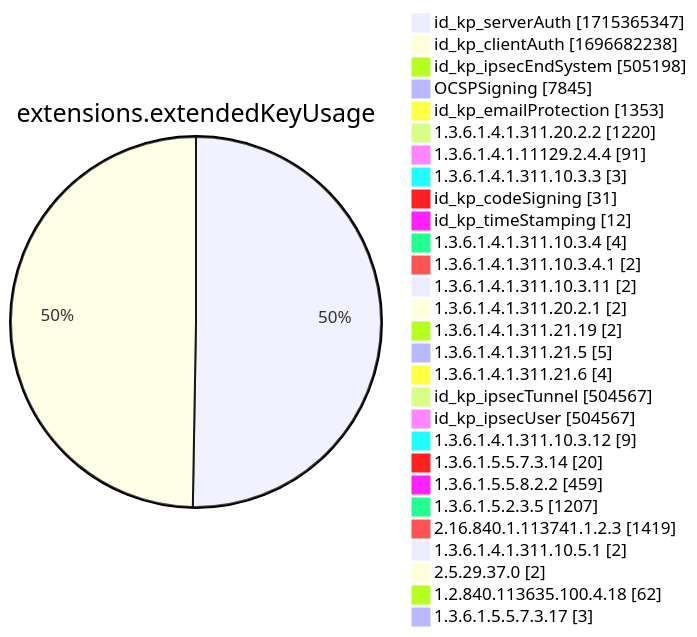
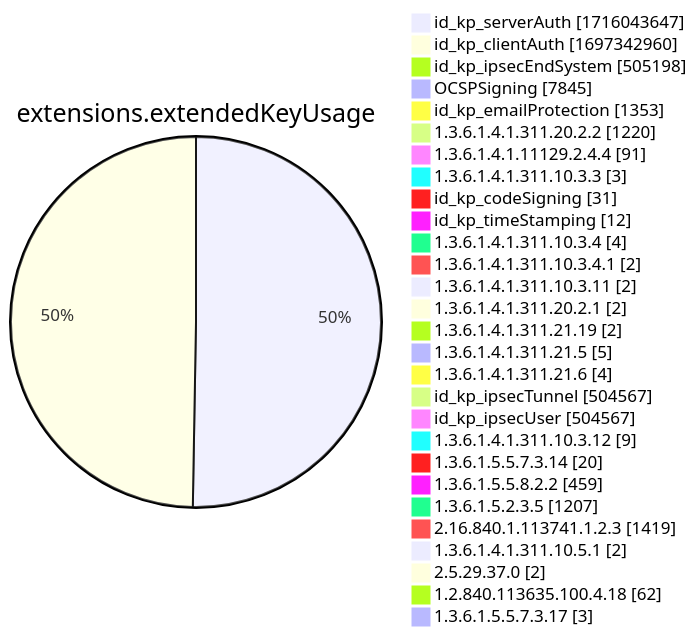
Before and after one commit to christiankrug/ctmonitor_visualization: diagram 12 of 15 in xenon2022/README.md, drawn with Mermaid. The commit also changed other lines of this file, not shown here.

````diff
--- a/xenon2022/README.md
+++ b/xenon2022/README.md
@@ -3888,32 +3888,32 @@
 ```mermaid
 pie showData
 title extensions.extendedKeyUsage
-"id_kp_serverAuth" :1715365347
-"id_kp_clientAuth" :1696682238
+"id_kp_serverAuth" :1716043647
+"id_kp_clientAuth" :1697342960
 "id_kp_ipsecEndSystem" :505198
 "OCSPSigning" :7845
 "id_kp_emailProtection" :1353
 "1.3.6.1.4.1.311.20.2.2" :1220
 "1.3.6.1.4.1.11129.2.4.4" :91
 "1.3.6.1.4.1.311.10.3.3" :3
 "id_kp_codeSigning" :31
 "id_kp_timeStamping" :12
 "1.3.6.1.4.1.311.10.3.4" :4
 "1.3.6.1.4.1.311.10.3.4.1" :2
 "1.3.6.1.4.1.311.10.3.11" :2
 "1.3.6.1.4.1.311.20.2.1" :2
 "1.3.6.1.4.1.311.21.19" :2
 "1.3.6.1.4.1.311.21.5" :5
 "1.3.6.1.4.1.311.21.6" :4
 "id_kp_ipsecTunnel" :504567
 "id_kp_ipsecUser" :504567
 "1.3.6.1.4.1.311.10.3.12" :9
 "1.3.6.1.5.5.7.3.14" :20
 "1.3.6.1.5.5.8.2.2" :459
 "1.3.6.1.5.2.3.5" :1207
 "2.16.840.1.113741.1.2.3" :1419
 "1.3.6.1.4.1.311.10.5.1" :2
 "2.5.29.37.0" :2
 "1.2.840.113635.100.4.18" :62
 "1.3.6.1.5.5.7.3.17" :3
 ```
````
